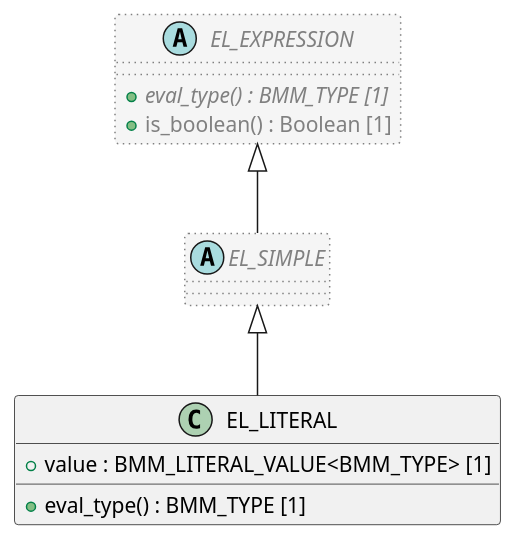
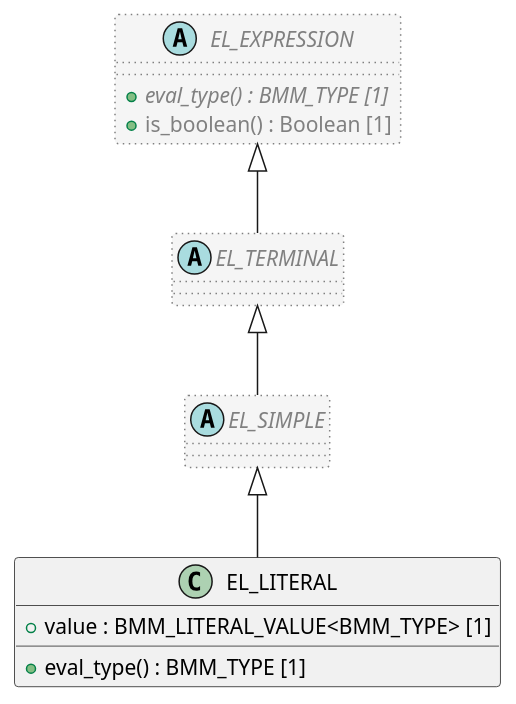
The diagram in code/Adoc/openehr_lang_1.1.0/plantUML/classes/org.openehr.lang.bmm.el_literal.adoc (sebastian-iancu/code-generator), drawn with PlantUML before and after one commit. The commit also changed 719 other files, not shown here.

```diff
--- a/code/Adoc/openehr_lang_1.1.0/plantUML/classes/org.openehr.lang.bmm.el_literal.adoc
+++ b/code/Adoc/openehr_lang_1.1.0/plantUML/classes/org.openehr.lang.bmm.el_literal.adoc
@@ -1,24 +1,29 @@
 [plantuml,EL_LITERAL,format=svg,svg-type="inline"]
 -----
 @startuml
 
 class EL_LITERAL {
   + value : BMM_LITERAL_VALUE<BMM_TYPE> [1]
   + eval_type() : BMM_TYPE [1]
 }
 
 abstract class EL_SIMPLE  #whitesmoke;line:gray;line.dotted;text:gray {
 }
 
+abstract class EL_TERMINAL  #whitesmoke;line:gray;line.dotted;text:gray {
+}
+
 abstract class EL_EXPRESSION  #whitesmoke;line:gray;line.dotted;text:gray {
   + {abstract} eval_type() : BMM_TYPE [1]
   + is_boolean() : Boolean [1]
 }
 
-EL_EXPRESSION <|-- EL_SIMPLE
+EL_EXPRESSION <|-- EL_TERMINAL
+
+EL_TERMINAL <|-- EL_SIMPLE
 
 EL_SIMPLE <|-- EL_LITERAL
 
 
 @enduml
 -----
```
